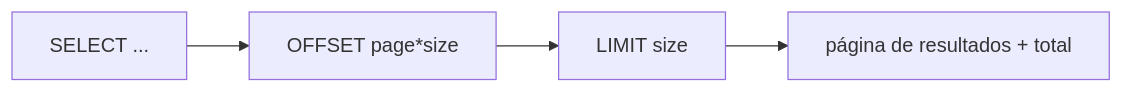
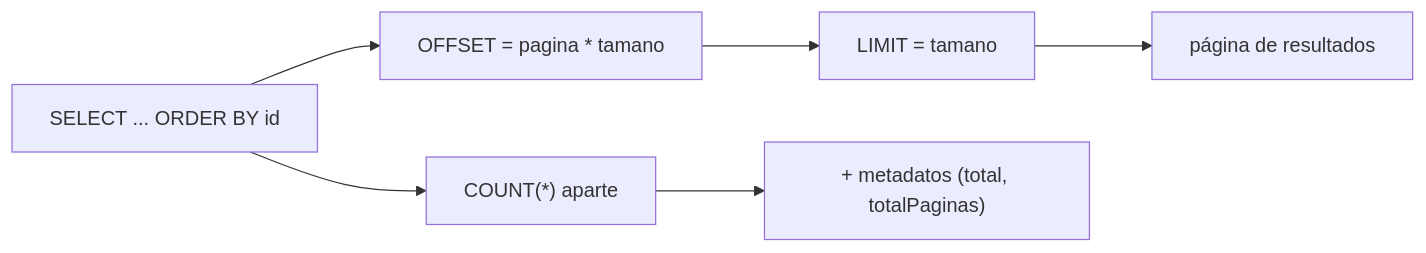
One commit to obiticadev/DAM-2025-26 changed the first of 5 diagrams in Programación/Aprendizaje autodidacta/11_APIRESTMasterclass/teoria/15_Consultas_Avanzadas.md. Above: the diagram before and after it, drawn with Mermaid. The commit also changed other lines of this file and 69 other files, not shown here.

````diff
--- a/Programación/Aprendizaje autodidacta/11_APIRESTMasterclass/teoria/15_Consultas_Avanzadas.md
+++ b/Programación/Aprendizaje autodidacta/11_APIRESTMasterclass/teoria/15_Consultas_Avanzadas.md
@@ -10,6 +36,8 @@
 ```mermaid
 flowchart LR
-    Q[SELECT ... ] --> O["OFFSET page*size"]
-    O --> L["LIMIT size"]
-    L --> R[página de resultados + total]
+    Q["SELECT ... ORDER BY id"] --> O["OFFSET = pagina * tamano"]
+    O --> L["LIMIT = tamano"]
+    L --> R["página de resultados"]
+    Q --> C["COUNT(*) aparte"]
+    C --> M["+ metadatos (total, totalPaginas)"]
 ```
````
